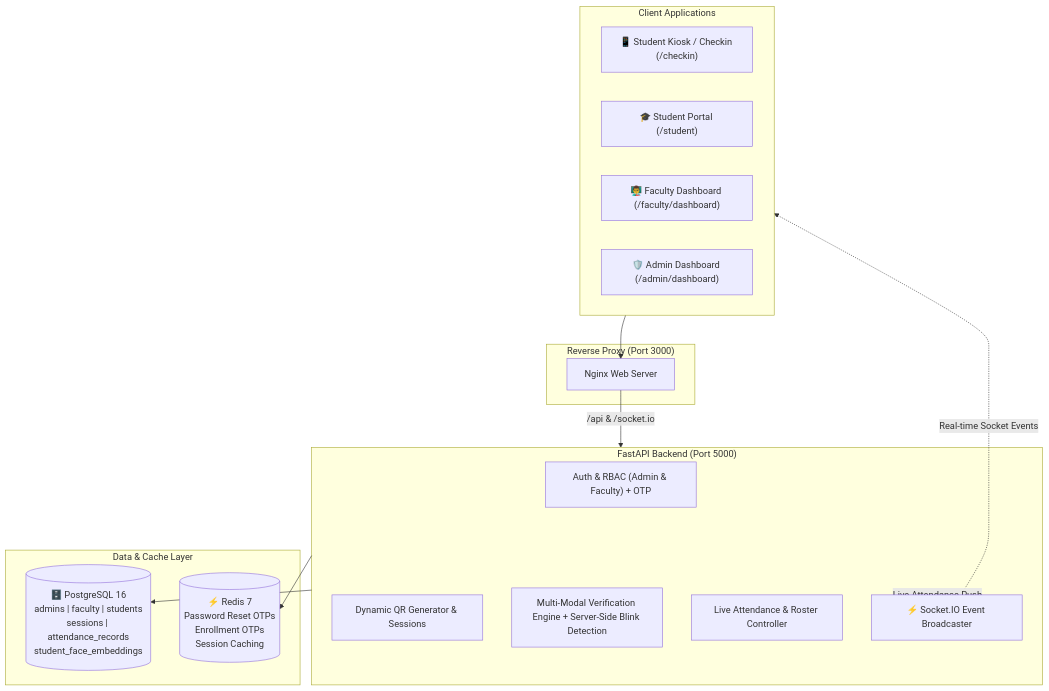
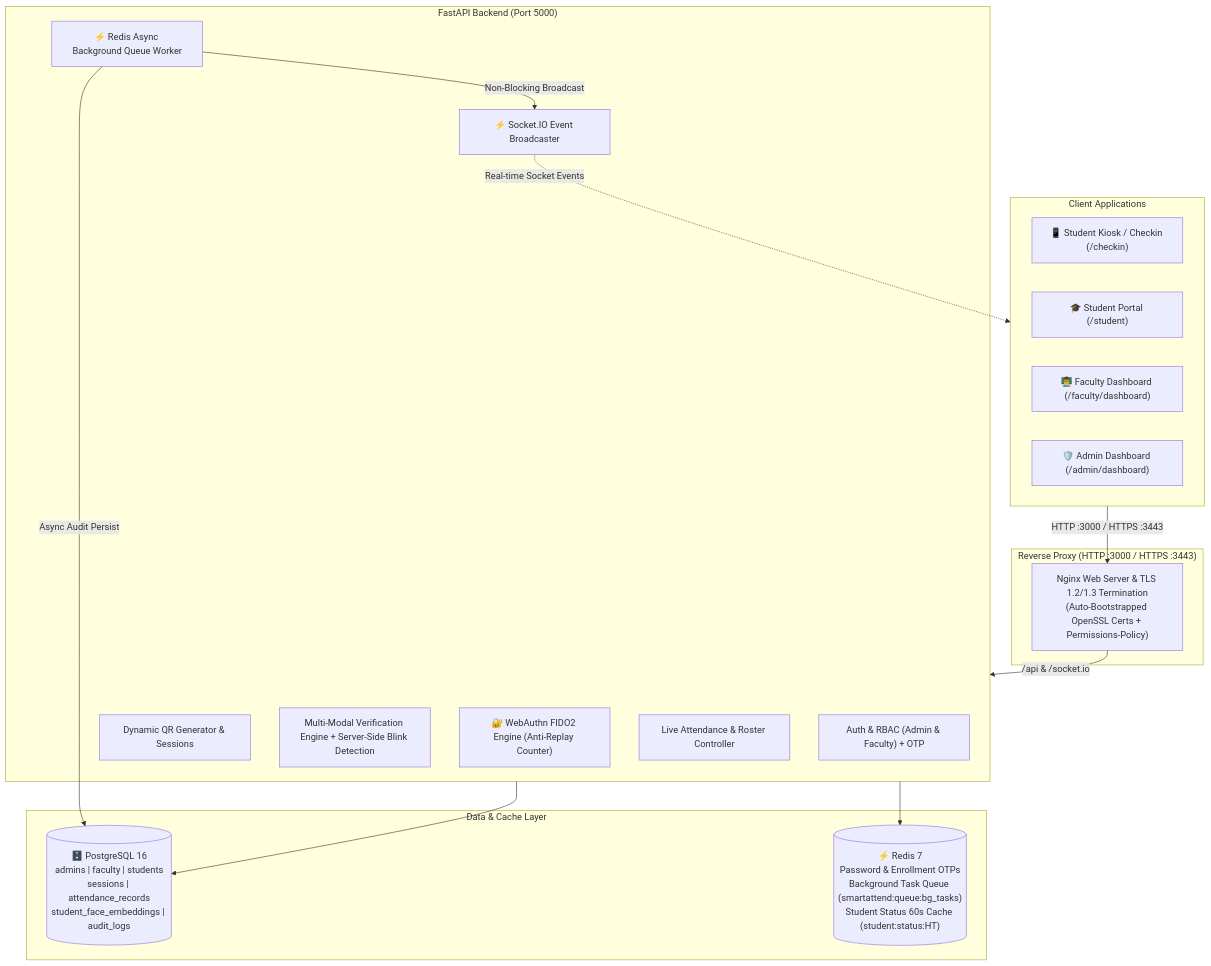
One commit to srikruthikapilla/smartattend-ai changed the first of 3 diagrams in README.md. Above: the diagram before and after it, drawn with Mermaid. The commit also changed other lines of this file and 31 other files, not shown here.

````diff
--- a/README.md
+++ b/README.md
@@ -85,33 +86,36 @@
 ```mermaid
 flowchart TD
     subgraph Clients ["Client Applications"]
         Kiosk["📱 Student Kiosk / Checkin (/checkin)"]
         StudentDash["🎓 Student Portal (/student)"]
         FacultyDash["👨‍🏫 Faculty Dashboard (/faculty/dashboard)"]
         AdminDash["🛡️ Admin Dashboard (/admin/dashboard)"]
     end
 
-    subgraph NginxProxy ["Reverse Proxy (Port 3000)"]
-        Nginx["Nginx Web Server"]
+    subgraph NginxProxy ["Reverse Proxy (HTTP :3000 / HTTPS :3443)"]
+        Nginx["Nginx Web Server & TLS 1.2/1.3 Termination\n(Auto-Bootstrapped OpenSSL Certs + Permissions-Policy)"]
     end
 
     subgraph BackendApp ["FastAPI Backend (Port 5000)"]
         AuthModule["Auth & RBAC (Admin & Faculty) + OTP"]
         QRModule["Dynamic QR Generator & Sessions"]
         CheckinModule["Multi-Modal Verification Engine + Server-Side Blink Detection"]
+        WebAuthnModule["🔐 WebAuthn FIDO2 Engine (Anti-Replay Counter)"]
+        QueueWorker["⚡ Redis Async Background Queue Worker"]
         AttendanceModule["Live Attendance & Roster Controller"]
         SocketServer["⚡ Socket.IO Event Broadcaster"]
     end
 
     subgraph DataStorage ["Data & Cache Layer"]
-        PostgresDB[("🗄️ PostgreSQL 16\nadmins | faculty | students\nsessions | attendance_records\nstudent_face_embeddings")]
-        RedisCache[("⚡ Redis 7\nPassword Reset OTPs\nEnrollment OTPs\nSession Caching")]
+        PostgresDB[("🗄️ PostgreSQL 16\nadmins | faculty | students\nsessions | attendance_records\nstudent_face_embeddings | audit_logs")]
+        RedisCache[("⚡ Redis 7\nPassword & Enrollment OTPs\nBackground Task Queue (smartattend:queue:bg_tasks)\nStudent Status 60s Cache (student:status:HT)")]
     end
 
-    Clients --> Nginx
+    Clients -->|HTTP :3000 / HTTPS :3443| Nginx
     Nginx -->|/api & /socket.io| BackendApp
     BackendApp --> PostgresDB
     BackendApp --> RedisCache
-    BackendApp -->|Live Attendance Push| SocketServer
+    QueueWorker -->|Async Audit Persist| PostgresDB
+    QueueWorker -->|Non-Blocking Broadcast| SocketServer
     SocketServer -.->|Real-time Socket Events| Clients
 ```
````
